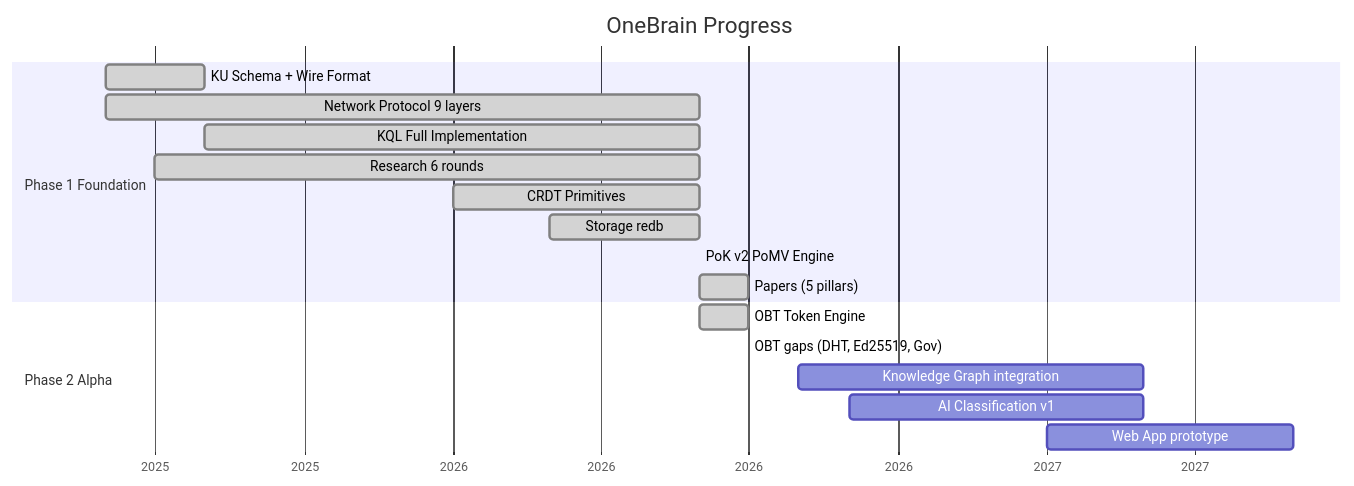
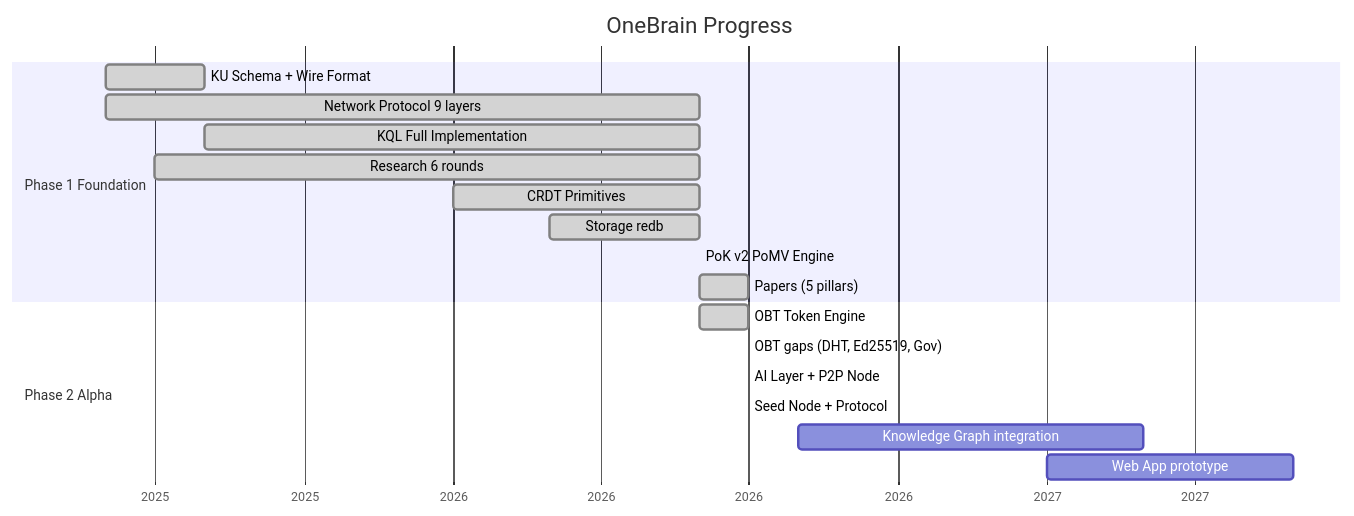
Before and after one commit to shpy2001gemi/OneBrain: the seventh of 7 diagrams in docs/_archived_v5_DO_NOT_USE/PILLAR_REVIEW.md, drawn with Mermaid. The commit also changed other lines of this file and 262 other files, not shown here.

````diff
--- a/docs/_archived_v5_DO_NOT_USE/PILLAR_REVIEW.md
+++ b/docs/_archived_v5_DO_NOT_USE/PILLAR_REVIEW.md
@@ -778,23 +888,24 @@
 ```mermaid
 gantt
     title OneBrain Progress
     dateFormat  YYYY-MM
     axisFormat  %Y
 
     section Phase 1 Foundation
     KU Schema + Wire Format        :done, p1a, 2025-06, 2025-08
     Network Protocol 9 layers      :done, p1b, 2025-06, 2026-06
     KQL Full Implementation         :done, p1c, 2025-08, 2026-06
     Research 6 rounds              :done, p1d, 2025-07, 2026-06
     CRDT Primitives                :done, p1e, 2026-01, 2026-06
     Storage redb                   :done, p1f, 2026-03, 2026-06
     PoK v2 PoMV Engine             :done, p1g, 2026-06, 2026-06
     Papers (5 pillars)             :done, p1h, 2026-06, 2026-07
 
     section Phase 2 Alpha
     OBT Token Engine               :done, p2a, 2026-06, 2026-07
     OBT gaps (DHT, Ed25519, Gov)   :done, p2a2, 2026-07, 2026-07
+    AI Layer + P2P Node            :done, p2c, 2026-07, 2026-07
+    Seed Node + Protocol           :done, p2c2, 2026-07, 2026-07
     Knowledge Graph integration    :p2b, 2026-08, 2027-03
-    AI Classification v1           :p2c, 2026-09, 2027-03
     Web App prototype              :p2d, 2027-01, 2027-06
 ```
````
